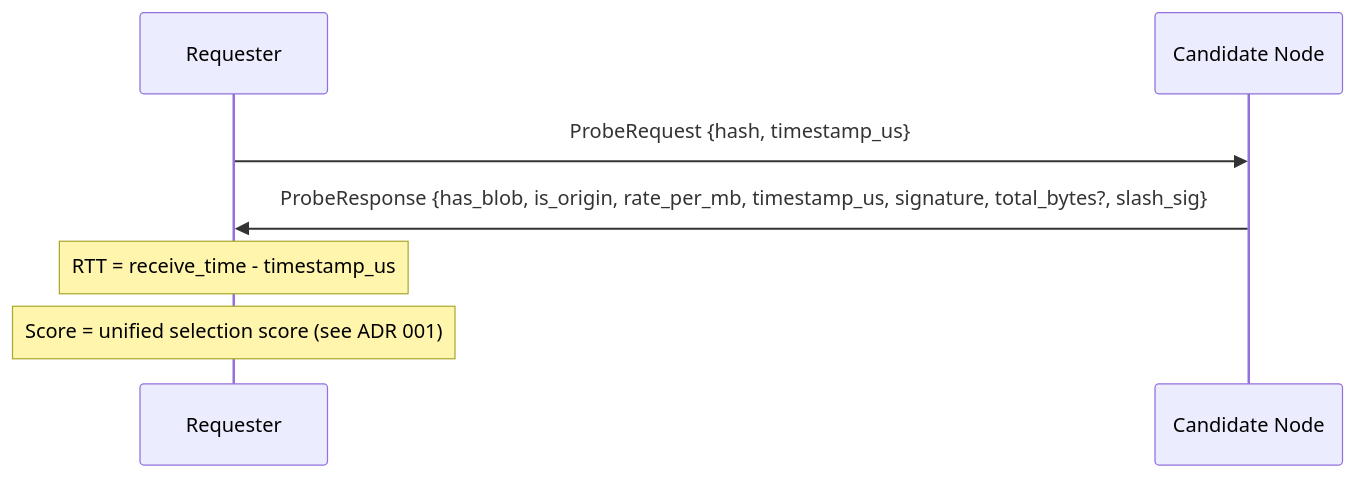
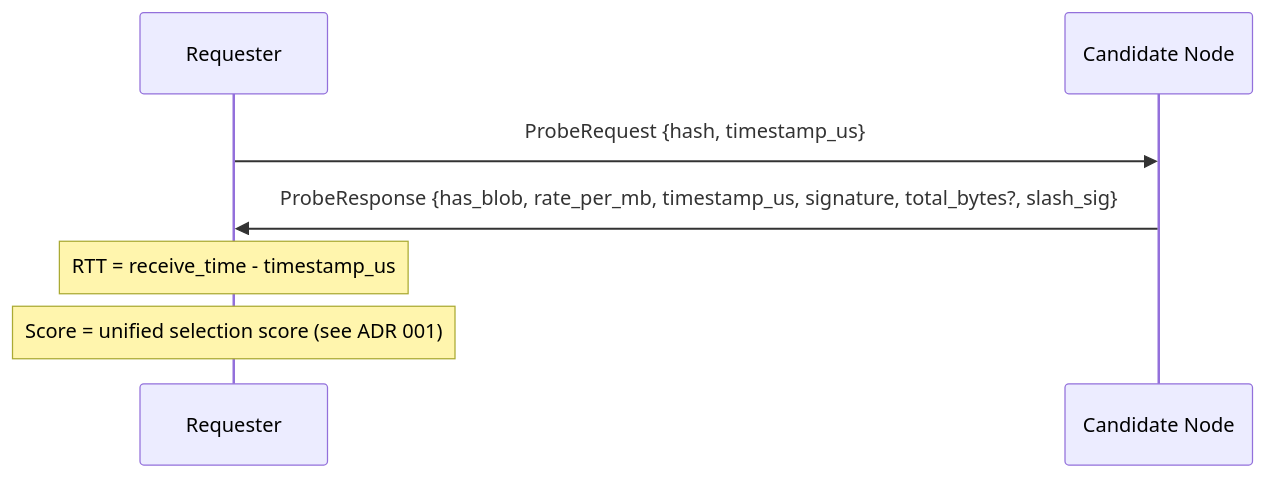
One commit to decdn/decdn changed the first of 4 diagrams in adr/005-protocol.md. Above: the diagram before and after it, drawn with Mermaid. The commit also changed other lines of this file and 7 other files, not shown here.

````diff
--- a/adr/005-protocol.md
+++ b/adr/005-protocol.md
@@ -43,11 +43,11 @@
 ```mermaid
 sequenceDiagram
     participant R as Requester
     participant C as Candidate Node
 
     R->>C: ProbeRequest {hash, timestamp_us}
-    C->>R: ProbeResponse {has_blob, is_origin, rate_per_mb, timestamp_us, signature, total_bytes?, slash_sig}
+    C->>R: ProbeResponse {has_blob, rate_per_mb, timestamp_us, signature, total_bytes?, slash_sig}
 
     Note over R: RTT = receive_time - timestamp_us
     Note over R: Score = unified selection score (see ADR 001)
 ```
````
